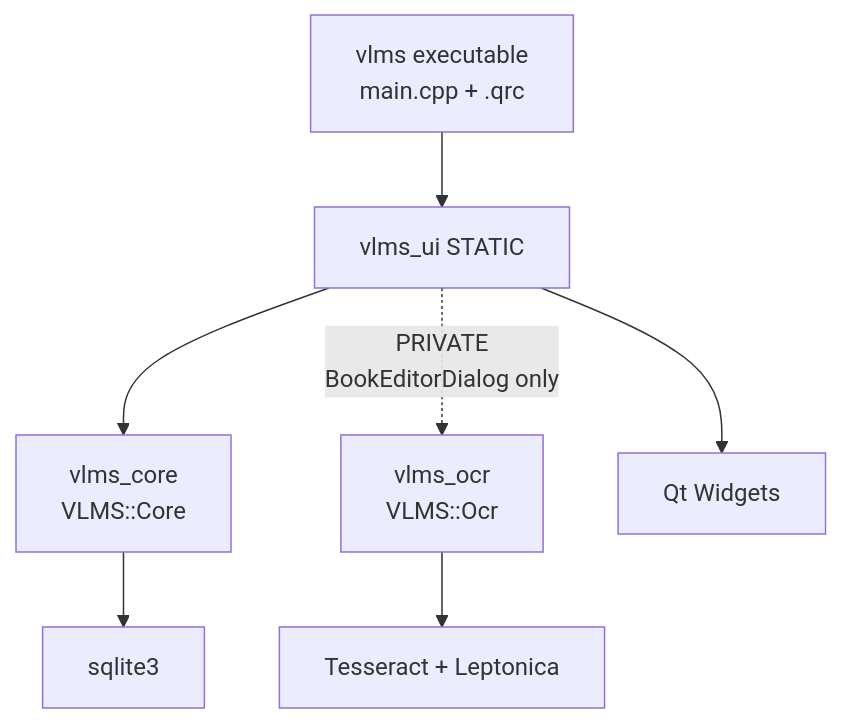
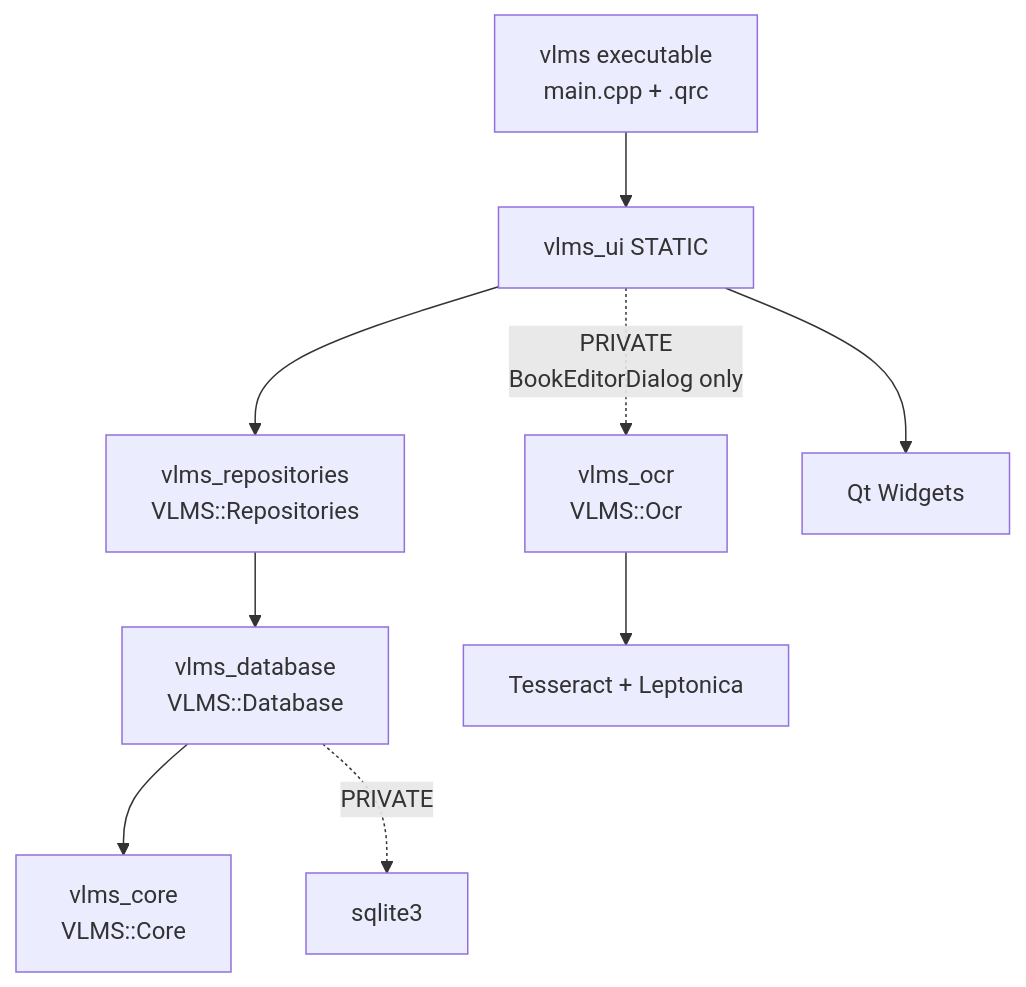
Before and after one commit to medaminben/VLMS: the second of 27 diagrams in docs/architecture/beta-uml.md, drawn with Mermaid. The commit also changed other lines of this file, not shown here.

Commit message:
Refresh the Beta UML for the library split and schema 7.

````diff
--- a/docs/architecture/beta-uml.md
+++ b/docs/architecture/beta-uml.md
@@ -44,17 +53,21 @@
 ```mermaid
 flowchart TD
     Exe[vlms executable<br/>main.cpp + .qrc]
     Ui[vlms_ui STATIC]
+    Repos[vlms_repositories<br/>VLMS::Repositories]
+    DbLib[vlms_database<br/>VLMS::Database]
     Core[vlms_core<br/>VLMS::Core]
     Ocr[vlms_ocr<br/>VLMS::Ocr]
     Sqlite[sqlite3]
     TessLib[Tesseract + Leptonica]
     QtW[Qt Widgets]
 
     Exe --> Ui
-    Ui --> Core
+    Ui --> Repos
     Ui -.->|PRIVATE<br/>BookEditorDialog only| Ocr
     Ui --> QtW
-    Core --> Sqlite
+    Repos --> DbLib
+    DbLib --> Core
+    DbLib -.->|PRIVATE| Sqlite
     Ocr --> TessLib
 ```
````
